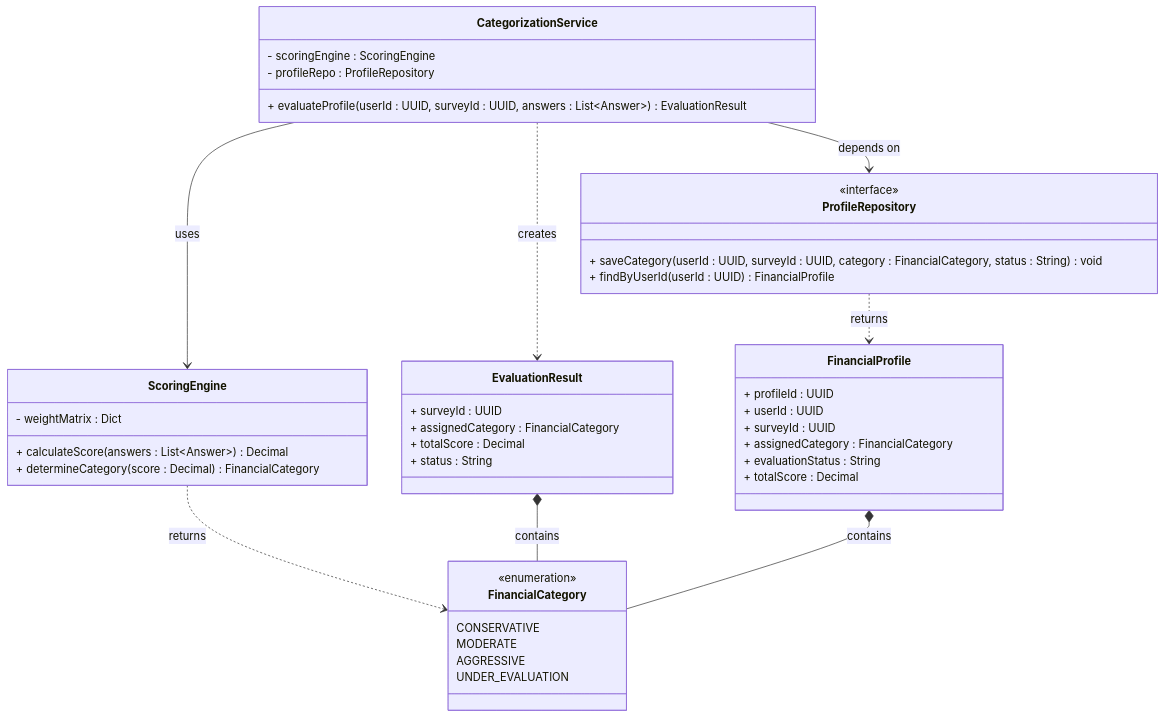
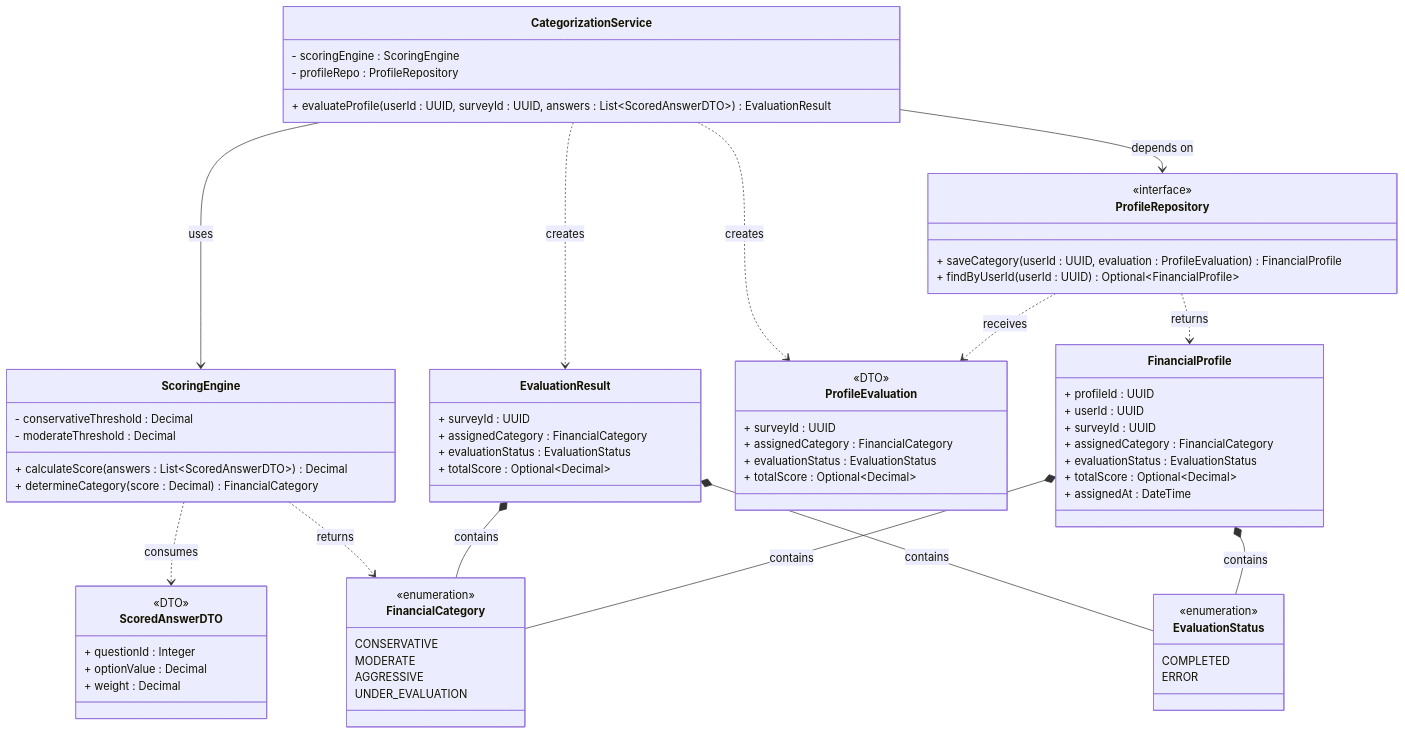
One commit to juacortesva/Grupo-5-Finanzas-Ingesoft_I_UN_2026-II changed the second of 3 diagrams in docs/design/01_Architectural_and_Detailed_Design.md. Above: the diagram before and after it, drawn with Mermaid. The commit also changed other lines of this file and 14 other files, not shown here.

Commit message:
docs(phase-0): approve contracts CT-01..CT-12, add question_option, provisional auth and error schema

````diff
--- a/docs/design/01_Architectural_and_Detailed_Design.md
+++ b/docs/design/01_Architectural_and_Detailed_Design.md
@@ -104,52 +104,80 @@
 ```mermaid
 classDiagram
     class CategorizationService {
         - scoringEngine : ScoringEngine
         - profileRepo : ProfileRepository
-        + evaluateProfile(userId : UUID, surveyId : UUID, answers : List~Answer~) EvaluationResult
+        + evaluateProfile(userId : UUID, surveyId : UUID, answers : List~ScoredAnswerDTO~) EvaluationResult
     }
   
     class ScoringEngine {
-        - weightMatrix : Dict
-        + calculateScore(answers : List~Answer~) Decimal
+        - conservativeThreshold : Decimal
+        - moderateThreshold : Decimal
+        + calculateScore(answers : List~ScoredAnswerDTO~) Decimal
         + determineCategory(score : Decimal) FinancialCategory
+    }
+
+    class ScoredAnswerDTO {
+        <<DTO>>
+        + questionId : Integer
+        + optionValue : Decimal
+        + weight : Decimal
     }
   
     class EvaluationResult {
         + surveyId : UUID
         + assignedCategory : FinancialCategory
-        + totalScore : Decimal
-        + status : String
+        + evaluationStatus : EvaluationStatus
+        + totalScore : Optional~Decimal~
+    }
+
+    class ProfileEvaluation {
+        <<DTO>>
+        + surveyId : UUID
+        + assignedCategory : FinancialCategory
+        + evaluationStatus : EvaluationStatus
+        + totalScore : Optional~Decimal~
     }
 
     class FinancialProfile {
         + profileId : UUID
         + userId : UUID
         + surveyId : UUID
         + assignedCategory : FinancialCategory
-        + evaluationStatus : String
-        + totalScore : Decimal
+        + evaluationStatus : EvaluationStatus
+        + totalScore : Optional~Decimal~
+        + assignedAt : DateTime
     }
   
     class FinancialCategory {
         <<enumeration>>
         CONSERVATIVE
         MODERATE
         AGGRESSIVE
         UNDER_EVALUATION
     }
+
+    class EvaluationStatus {
+        <<enumeration>>
+        COMPLETED
+        ERROR
+    }
   
     class ProfileRepository {
         <<interface>>
-        + saveCategory(userId : UUID, surveyId : UUID, category : FinancialCategory, status : String) void
-        + findByUserId(userId : UUID) FinancialProfile
+        + saveCategory(userId : UUID, evaluation : ProfileEvaluation) FinancialProfile
+        + findByUserId(userId : UUID) Optional~FinancialProfile~
     }
 
     CategorizationService --> ScoringEngine : uses
     CategorizationService ..> EvaluationResult : creates
+    CategorizationService ..> ProfileEvaluation : creates
     CategorizationService --> ProfileRepository : depends on
+    ScoringEngine ..> ScoredAnswerDTO : consumes
     ScoringEngine ..> FinancialCategory : returns
     EvaluationResult *-- FinancialCategory : contains
+    EvaluationResult *-- EvaluationStatus : contains
     FinancialProfile *-- FinancialCategory : contains
+    FinancialProfile *-- EvaluationStatus : contains
+    ProfileRepository ..> ProfileEvaluation : receives
     ProfileRepository ..> FinancialProfile : returns
 ```
````
